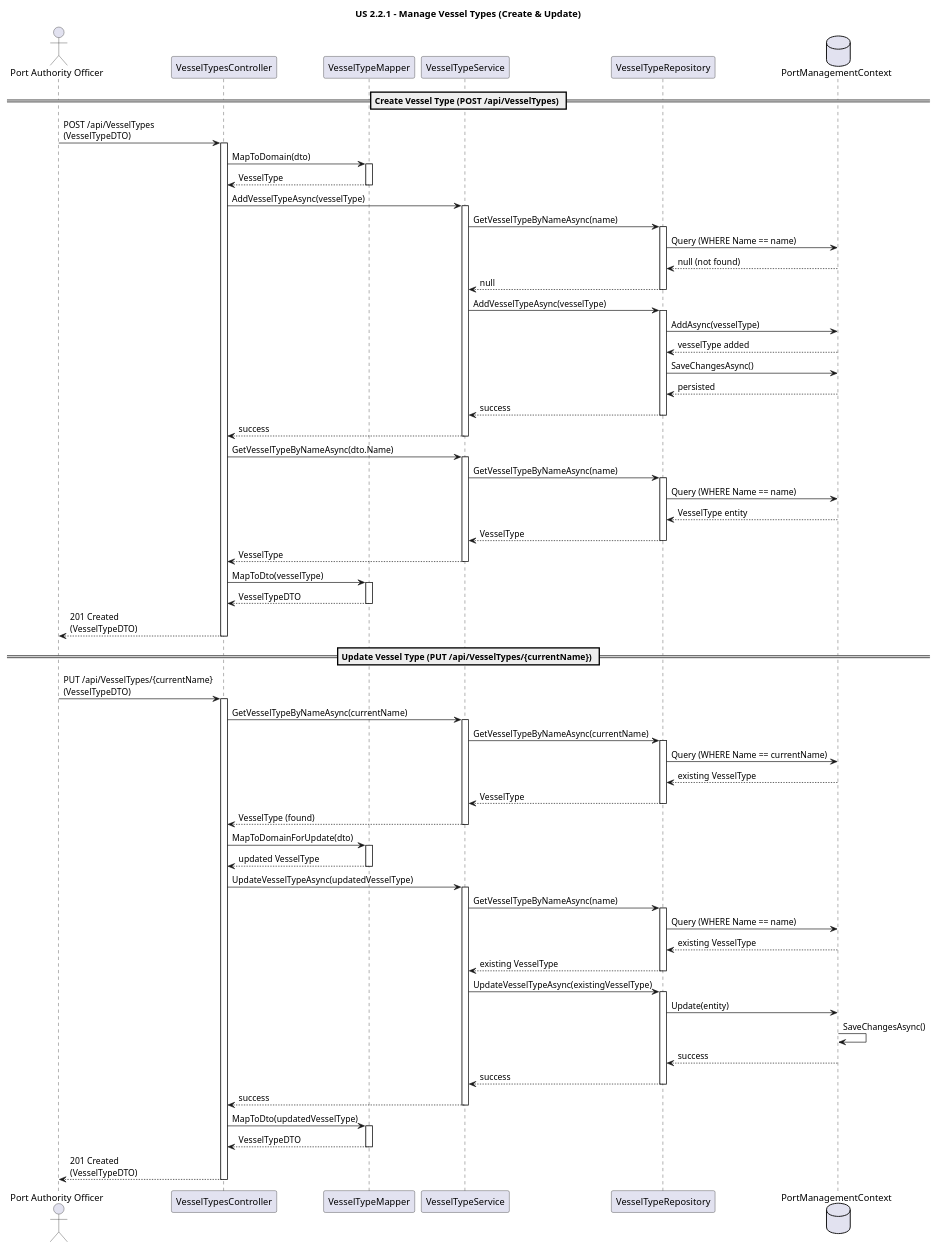
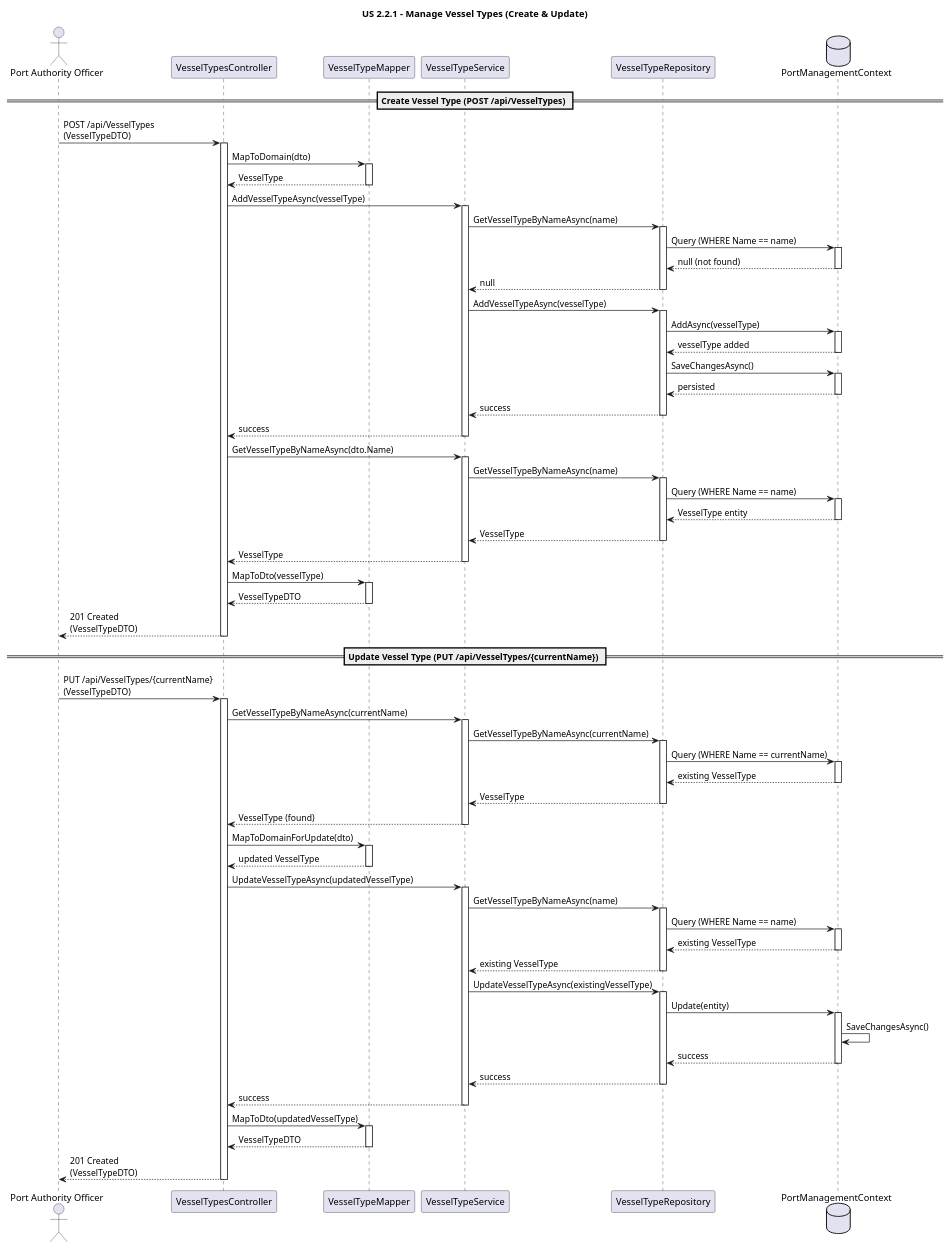
The diagram in docs/US 2.2.1/SequenceDiagram.puml (igor-coutinho22/Port_Management_System), drawn with PlantUML before and after one commit. The commit also changed 1 other file, not shown here.

Commit message:
US 2.2.1 Sequence + fix to previous

```diff
--- a/docs/US 2.2.1/SequenceDiagram.puml
+++ b/docs/US 2.2.1/SequenceDiagram.puml
@@ -1,114 +1,128 @@
 @startuml US 2.2.1
 title **US 2.2.1 – Manage Vessel Types (Create & Update)**
 
 
 actor "Port Authority Officer" as Officer
 participant "VesselTypesController" as Controller
 participant "VesselTypeMapper" as Mapper
 participant "VesselTypeService" as Service
 participant "VesselTypeRepository" as Repo
 database "PortManagementContext" as Db
 
 == Create Vessel Type (POST /api/VesselTypes) ==
 
 Officer -> Controller : POST /api/VesselTypes\n(VesselTypeDTO)
 activate Controller
 
 Controller -> Mapper : MapToDomain(dto)
 activate Mapper
 Mapper --> Controller : VesselType
 deactivate Mapper
 
 Controller -> Service : AddVesselTypeAsync(vesselType)
 activate Service
 
 Service -> Repo : GetVesselTypeByNameAsync(name)
 activate Repo
 Repo -> Db : Query (WHERE Name == name)
+activate Db
 Db --> Repo : null (not found)
+deactivate Db
 Repo --> Service : null
 deactivate Repo
 
 Service -> Repo : AddVesselTypeAsync(vesselType)
 activate Repo
 Repo -> Db : AddAsync(vesselType)
+activate Db
 Db --> Repo : vesselType added
+deactivate Db
 Repo -> Db : SaveChangesAsync()
+activate Db
 Db --> Repo : persisted
+deactivate Db
 Repo --> Service : success
 deactivate Repo
 
 Service --> Controller : success
 deactivate Service
 
 Controller -> Service : GetVesselTypeByNameAsync(dto.Name)
 activate Service
 Service -> Repo : GetVesselTypeByNameAsync(name)
 activate Repo
 Repo -> Db : Query (WHERE Name == name)
+activate Db
 Db --> Repo : VesselType entity
+deactivate Db
 Repo --> Service : VesselType
 deactivate Repo
 Service --> Controller : VesselType
 deactivate Service
 
 Controller -> Mapper : MapToDto(vesselType)
 activate Mapper
 Mapper --> Controller : VesselTypeDTO
 deactivate Mapper
 
 Controller --> Officer : 201 Created\n(VesselTypeDTO)
 deactivate Controller
 
 == Update Vessel Type (PUT /api/VesselTypes/{currentName}) ==
 
 Officer -> Controller : PUT /api/VesselTypes/{currentName}\n(VesselTypeDTO)
 activate Controller
 
 Controller -> Service : GetVesselTypeByNameAsync(currentName)
 activate Service
 Service -> Repo : GetVesselTypeByNameAsync(currentName)
 activate Repo
 Repo -> Db : Query (WHERE Name == currentName)
+activate Db
 Db --> Repo : existing VesselType
+deactivate Db
 Repo --> Service : VesselType
 deactivate Repo
 Service --> Controller : VesselType (found)
 deactivate Service
 
 Controller -> Mapper : MapToDomainForUpdate(dto)
 activate Mapper
 Mapper --> Controller : updated VesselType
 deactivate Mapper
 
 Controller -> Service : UpdateVesselTypeAsync(updatedVesselType)
 activate Service
 
 Service -> Repo : GetVesselTypeByNameAsync(name)
 activate Repo
 Repo -> Db : Query (WHERE Name == name)
+activate Db
 Db --> Repo : existing VesselType
+deactivate Db
 Repo --> Service : existing VesselType
 deactivate Repo
 
 Service -> Repo : UpdateVesselTypeAsync(existingVesselType)
 activate Repo
 Repo -> Db : Update(entity)
+activate Db
 Db -> Db : SaveChangesAsync()
 Db --> Repo : success
+deactivate Db
 Repo --> Service : success
 deactivate Repo
 
 Service --> Controller : success
 deactivate Service
 
 Controller -> Mapper : MapToDto(updatedVesselType)
 activate Mapper
 Mapper --> Controller : VesselTypeDTO
 deactivate Mapper
 
 Controller --> Officer : 201 Created\n(VesselTypeDTO)
 deactivate Controller
 
 
 @enduml
```
